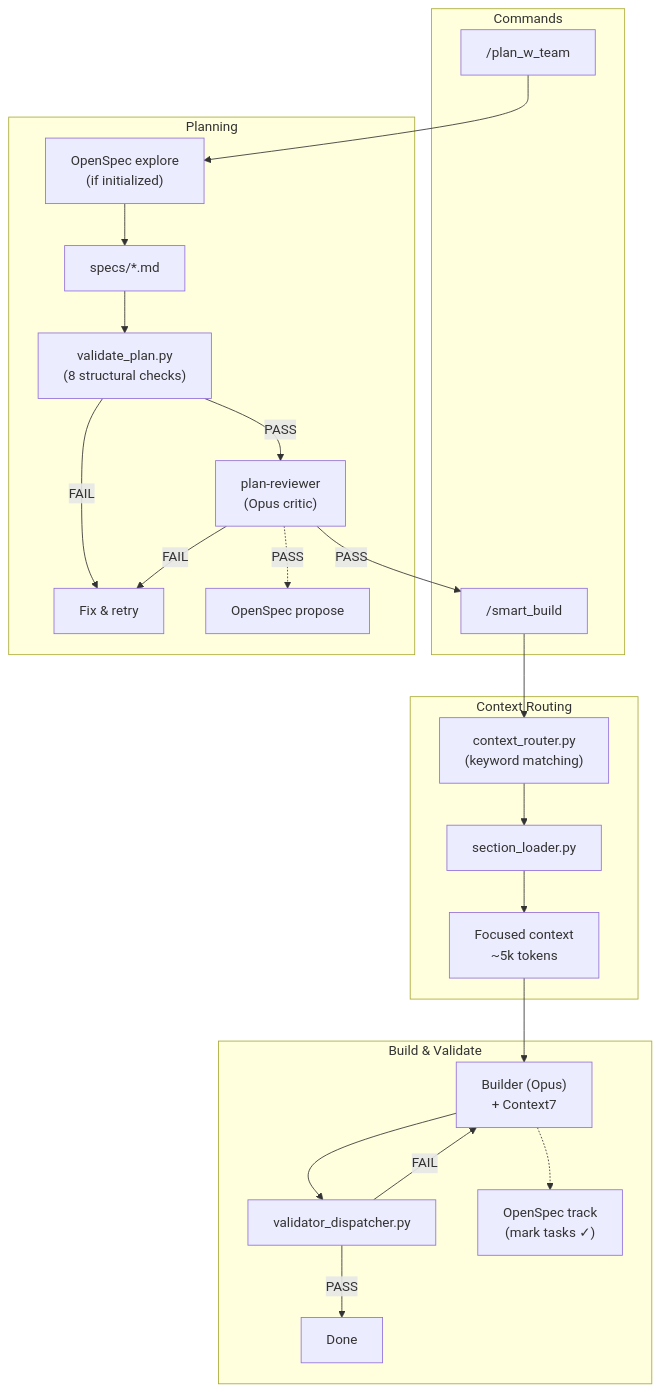
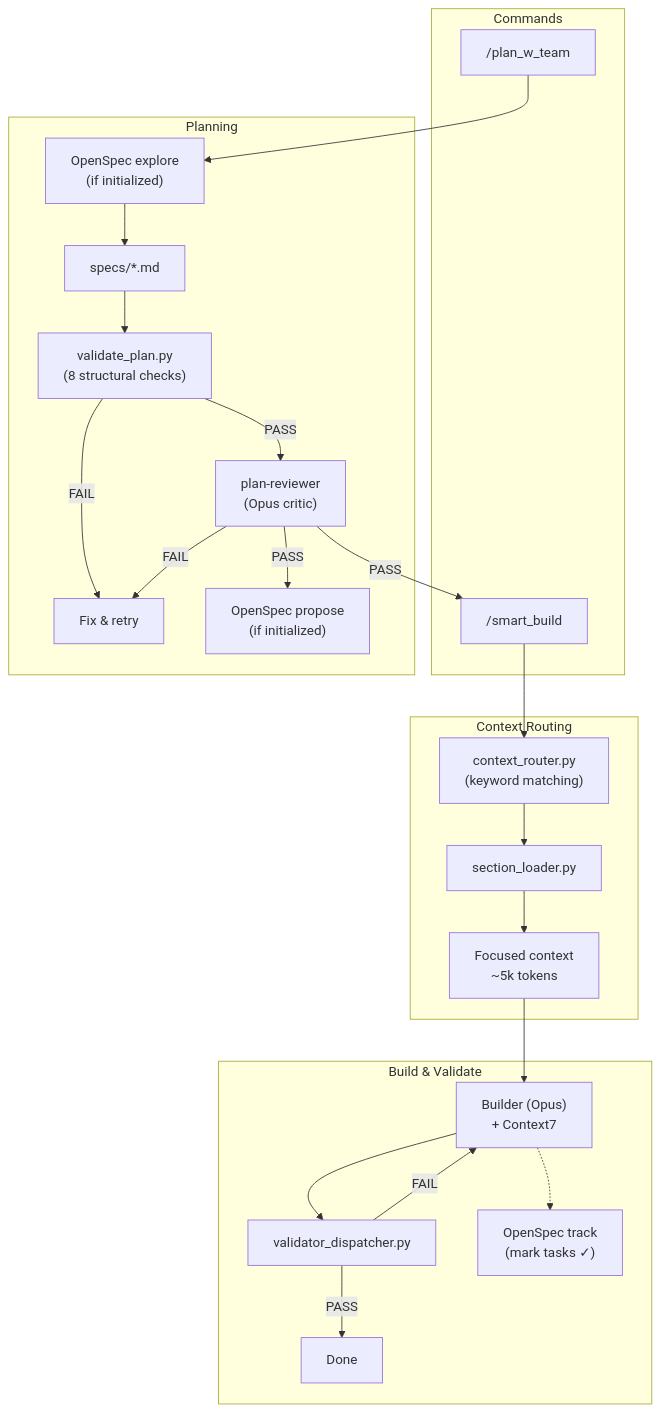
One commit to a-simeshin/claude-code-hooks-mastery changed the diagram in README.md. Above: the diagram before and after it, drawn with Mermaid.

Commit message:
docs: Make OpenSpec propose solid line with "if initialized" label

````diff
--- a/README.md
+++ b/README.md
@@ -28,32 +28,32 @@
 ```mermaid
 flowchart TB
     subgraph Commands
         plan["/plan_w_team"]
         smart["/smart_build"]
     end
 
     subgraph Planning
         plan --> osread["OpenSpec explore<br/>(if initialized)"]
         osread --> spec["specs/*.md"]
         spec --> vp["validate_plan.py<br/>(8 structural checks)"]
         vp -->|PASS| pr["plan-reviewer<br/>(Opus critic)"]
         pr -->|PASS| smart
         vp -->|FAIL| fix["Fix & retry"]
         pr -->|FAIL| fix
-        pr -.->|PASS| propose["OpenSpec propose"]
+        pr -->|PASS| propose["OpenSpec propose<br/>(if initialized)"]
     end
 
     subgraph "Context Routing"
         smart --> cr["context_router.py<br/>(keyword matching)"]
         cr --> sl["section_loader.py"]
         sl --> ctx["Focused context<br/>~5k tokens"]
     end
 
     subgraph "Build & Validate"
         ctx --> builder["Builder (Opus)<br/>+ Context7"]
         builder --> vd["validator_dispatcher.py"]
         builder -.-> track["OpenSpec track<br/>(mark tasks ✓)"]
         vd -->|FAIL| builder
         vd -->|PASS| done["Done"]
     end
 ```
````
